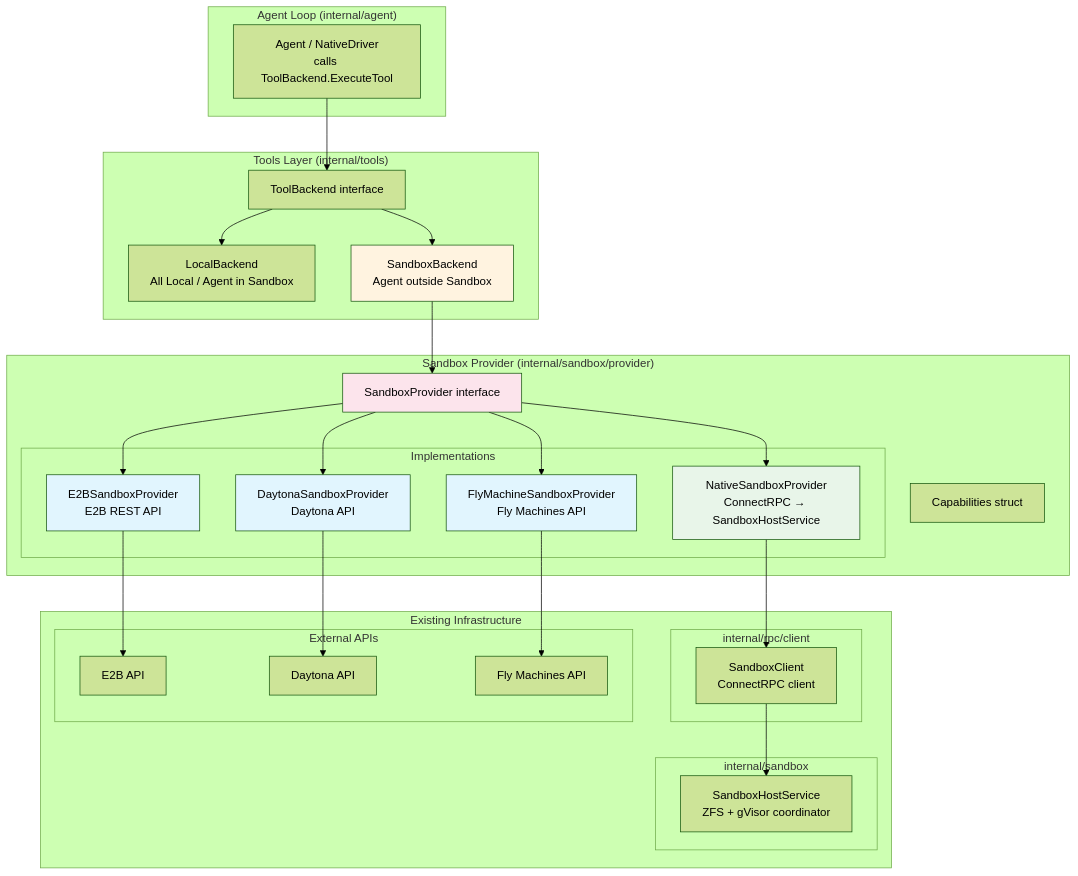
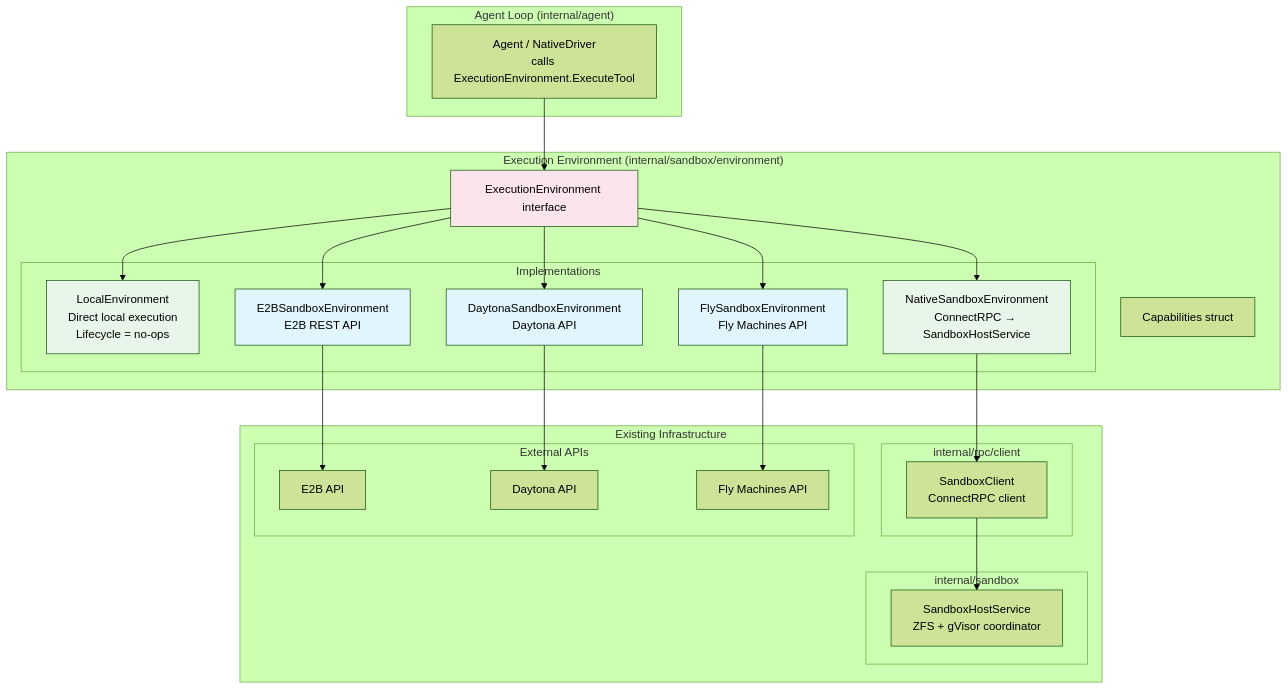
Before and after one commit to dcosson/flex-agent-runtime: the first of 3 diagrams in docs/plans/11-sandbox-host-service.add01.md, drawn with Mermaid (forest theme). The commit also changed other lines of this file and 1 other file, not shown here.

First line of the commit message:
Redesign addendum 01: replace SandboxProvider + ToolBackend with unified ExecutionEnvironment

````diff
--- a/docs/plans/11-sandbox-host-service.add01.md
+++ b/docs/plans/11-sandbox-host-service.add01.md
@@ -37,59 +41,52 @@
 ```mermaid
 graph TB
     subgraph "Agent Loop (internal/agent)"
-        agent[Agent / NativeDriver<br/>calls ToolBackend.ExecuteTool]
+        agent[Agent / NativeDriver<br/>calls ExecutionEnvironment.ExecuteTool]
     end
 
-    subgraph "Tools Layer (internal/tools)"
-        tb[ToolBackend interface]
-        lb[LocalBackend<br/>All Local / Agent in Sandbox]
-        sb[SandboxBackend<br/>Agent outside Sandbox]
-    end
-
-    subgraph "Sandbox Provider (internal/sandbox/provider)"
-        iface[SandboxProvider interface]
+    subgraph "Execution Environment (internal/sandbox/environment)"
+        iface[ExecutionEnvironment interface]
         caps[Capabilities struct]
 
         subgraph "Implementations"
-            local[NativeSandboxProvider<br/>ConnectRPC → SandboxHostService]
-            e2b[E2BSandboxProvider<br/>E2B REST API]
-            daytona[DaytonaSandboxProvider<br/>Daytona API]
-            fly[FlyMachineSandboxProvider<br/>Fly Machines API]
+            localenv[LocalEnvironment<br/>Direct local execution<br/>Lifecycle = no-ops]
+            native[NativeSandboxEnvironment<br/>ConnectRPC → SandboxHostService]
+            e2b[E2BSandboxEnvironment<br/>E2B REST API]
+            daytona[DaytonaSandboxEnvironment<br/>Daytona API]
+            fly[FlySandboxEnvironment<br/>Fly Machines API]
         end
     end
 
     subgraph "Existing Infrastructure"
         subgraph "internal/rpc/client"
             rpcclient[SandboxClient<br/>ConnectRPC client]
         end
         subgraph "internal/sandbox"
             shs[SandboxHostService<br/>ZFS + gVisor coordinator]
         end
         subgraph "External APIs"
             e2bapi[E2B API]
             dayapi[Daytona API]
             flyapi[Fly Machines API]
         end
     end
 
-    agent --> tb
-    tb --> lb
-    tb --> sb
-    sb --> iface
-    iface --> local
+    agent --> iface
+    iface --> localenv
+    iface --> native
     iface --> e2b
     iface --> daytona
     iface --> fly
-    local --> rpcclient
+    native --> rpcclient
     rpcclient --> shs
     e2b --> e2bapi
     daytona --> dayapi
     fly --> flyapi
 
     style iface fill:#fce4ec
-    style local fill:#e8f5e9
+    style localenv fill:#e8f5e9
+    style native fill:#e8f5e9
     style e2b fill:#e1f5fe
     style daytona fill:#e1f5fe
     style fly fill:#e1f5fe
-    style sb fill:#fff3e0
 ```
````
